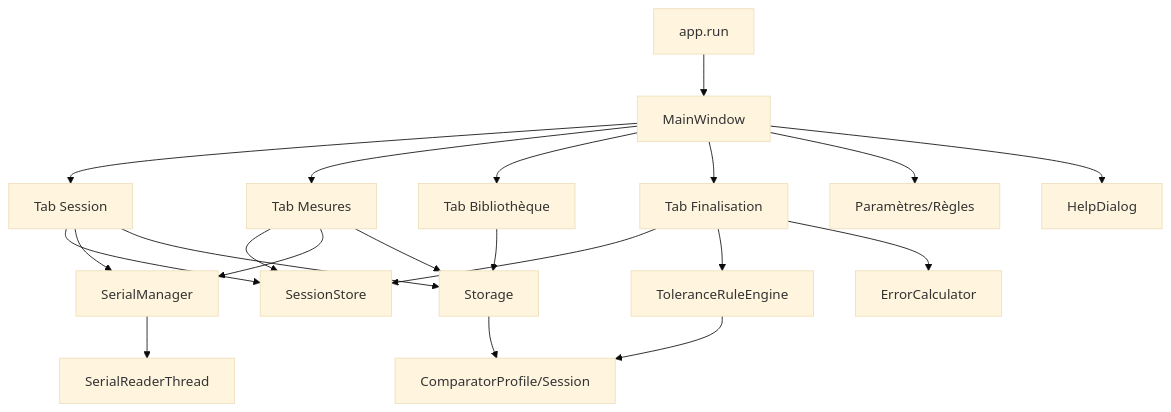
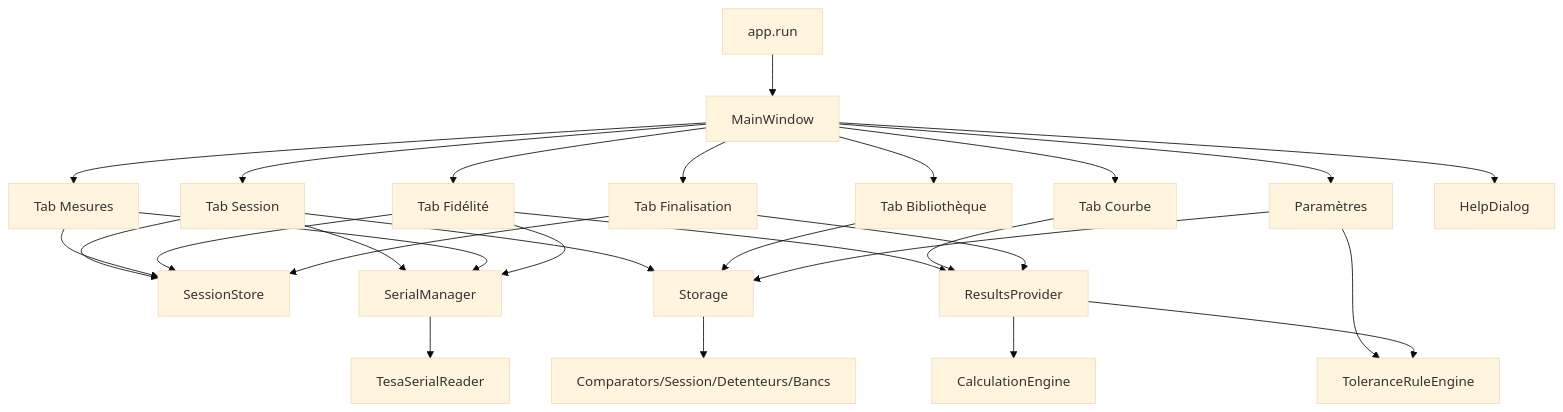
One commit to xmaquet/EtaComp2k25 changed the diagram in docs/code-map.md. Above: the diagram before and after it, drawn with Mermaid (base theme). The commit also changed other lines of this file and 12 other files, not shown here.

````diff
--- a/docs/code-map.md
+++ b/docs/code-map.md
@@ -133,28 +119,34 @@
 ```mermaid
 graph TD
   A[app.run] --> B[MainWindow]
   B --> C[Tab Session]
   B --> D[Tab Mesures]
-  B --> E[Tab Bibliothèque]
-  B --> F[Tab Finalisation]
-  B --> G[Paramètres/Règles]
-  B --> H[HelpDialog]
+  B --> E[Tab Fidélité]
+  B --> F[Tab Courbe]
+  B --> G[Tab Finalisation]
+  B --> H[Tab Bibliothèque]
+  B --> I[Paramètres]
+  B --> J[HelpDialog]
 
   C --> S[SessionStore]
   C --> M[SerialManager]
-  C --> J[Storage]
+  C --> St[Storage]
 
   D --> S
   D --> M
-  D --> J
+  E --> S
+  E --> M
+  E --> RP[ResultsProvider]
+  F --> RP
+  G --> S
+  G --> RP
 
-  E --> J
-  F --> S
-  F --> R[ToleranceRuleEngine]
-  F --> X[ErrorCalculator]
+  H --> St
+  I --> St
+  I --> R[ToleranceRuleEngine]
 
-  M --> T[SerialReaderThread]
-  J --> P[ComparatorProfile/Session]
-
-  R --> P
+  M --> T[TesaSerialReader]
+  St --> P[Comparators/Session/Detenteurs/Bancs]
+  RP --> CE[CalculationEngine]
+  RP --> R
 ```
````
